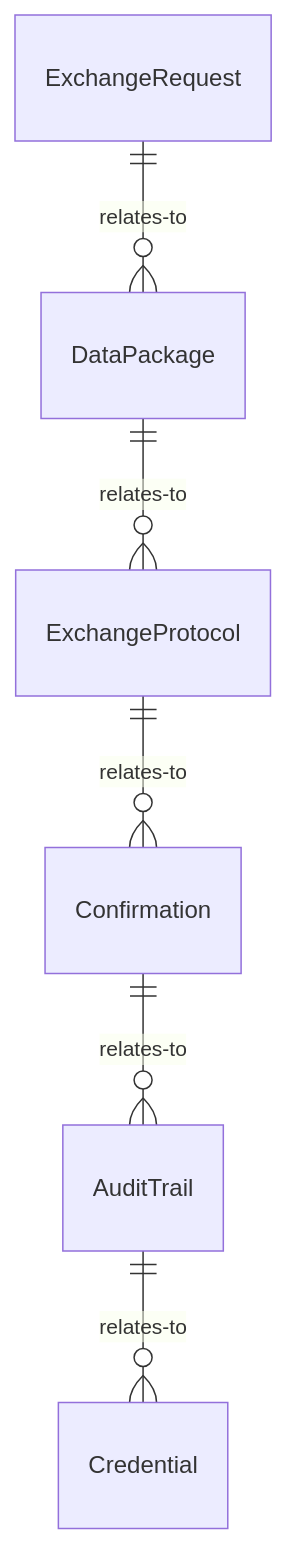
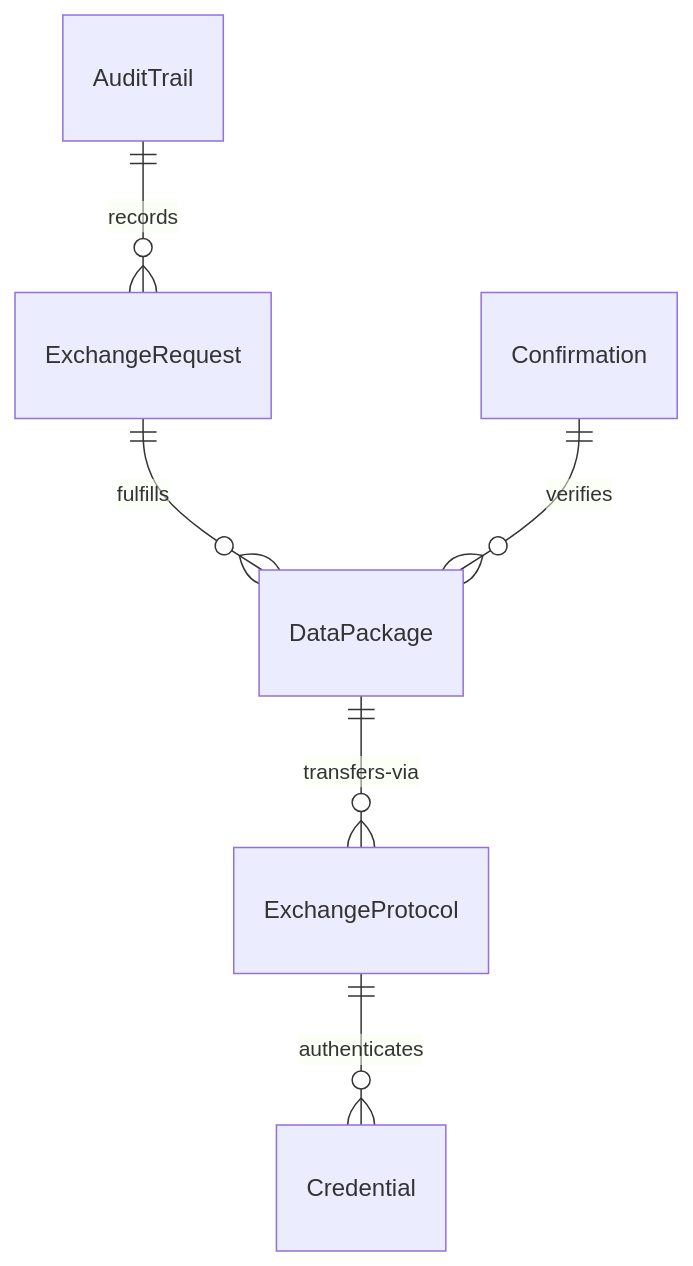
One commit to dot-org-ai/tasks.org.ai changed the first of 4 diagrams in CommunicatingWithSupervisorsPeersOrSubordinates/CoordinateActivitiesWithClientsAgenciesOrOrganizations/CoordinateExternalPartiesExchangeInformation.mdx. Above: the diagram before and after it, drawn with Mermaid. The commit also changed other lines of this file and 515 other files, not shown here.

````diff
--- a/CommunicatingWithSupervisorsPeersOrSubordinates/CoordinateActivitiesWithClientsAgenciesOrOrganizations/CoordinateExternalPartiesExchangeInformation.mdx
+++ b/CommunicatingWithSupervisorsPeersOrSubordinates/CoordinateActivitiesWithClientsAgenciesOrOrganizations/CoordinateExternalPartiesExchangeInformation.mdx
@@ -88,8 +88,8 @@
 ```mermaid
 erDiagram
-    ExchangeRequest ||--o{ DataPackage : relates-to
-    DataPackage ||--o{ ExchangeProtocol : relates-to
-    ExchangeProtocol ||--o{ Confirmation : relates-to
-    Confirmation ||--o{ AuditTrail : relates-to
-    AuditTrail ||--o{ Credential : relates-to
+    ExchangeRequest ||--o{ DataPackage : fulfills
+    DataPackage ||--o{ ExchangeProtocol : transfers-via
+    ExchangeProtocol ||--o{ Credential : authenticates
+    Confirmation ||--o{ DataPackage : verifies
+    AuditTrail ||--o{ ExchangeRequest : records
 ```
````
